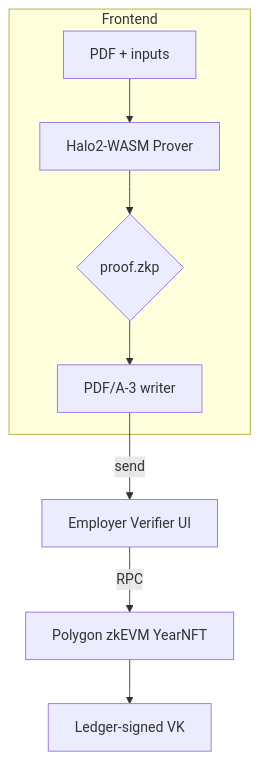
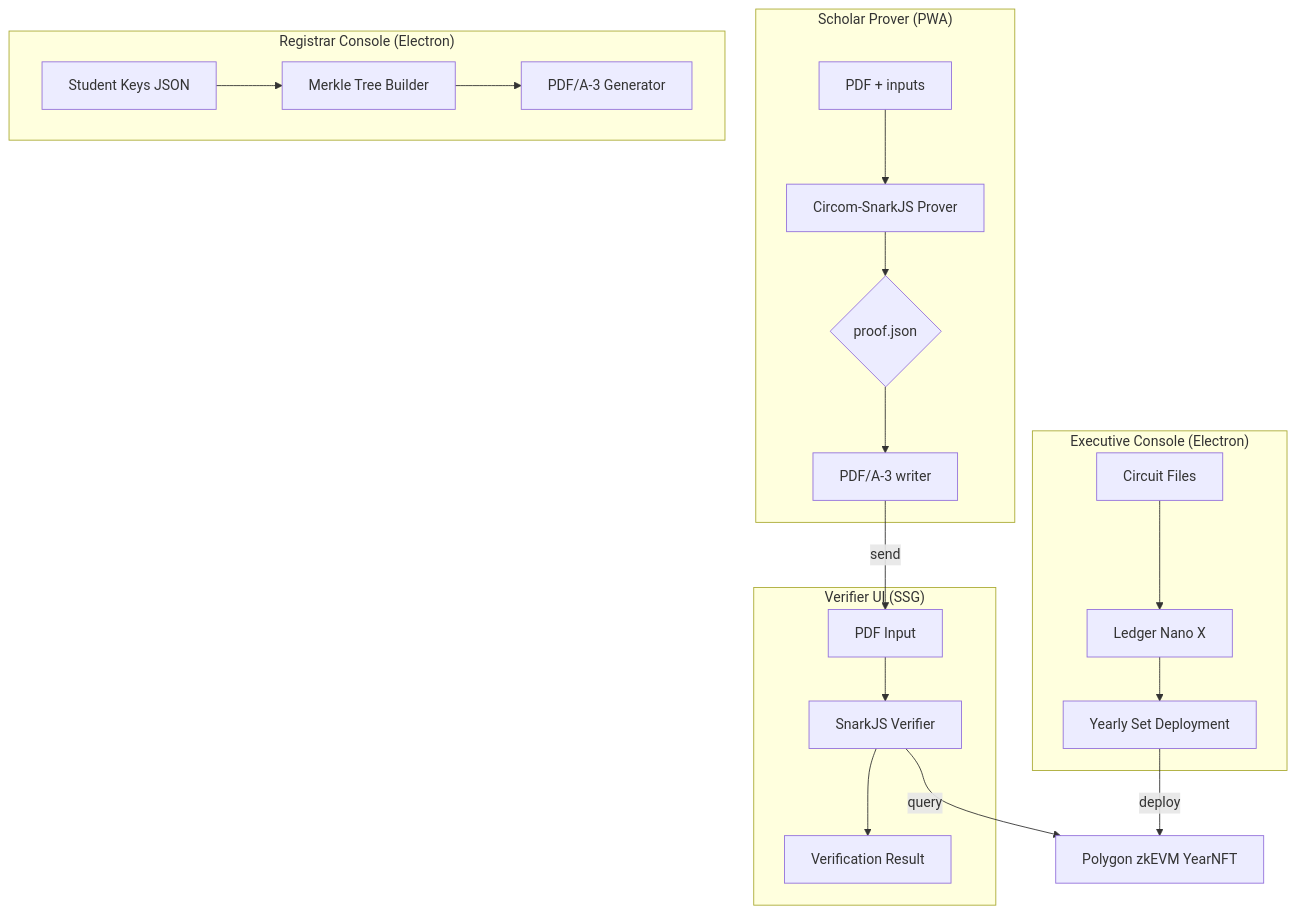
The first of 3 diagrams in documents/FSDv2.md (Blank-Vulture/Tri-CertFramework), drawn with Mermaid before and after one commit. The commit also changed other lines of this file and 19 other files, not shown here.

````diff
--- a/documents/FSDv2.md
+++ b/documents/FSDv2.md
@@ -8,11 +8,23 @@
 ```mermaid
 graph TD
-  subgraph Frontend
-    A[PDF + inputs] --> B[Halo2‑WASM Prover]
-    B --> C{proof.zkp}
-    C --> D[PDF/A‑3 writer]
+  subgraph "Scholar Prover (PWA)"
+    A[PDF + inputs] --> B[Circom-SnarkJS Prover]
+    B --> C{proof.json}
+    C --> D[PDF/A‑3 writer]
   end
-  D -->|send| E[Employer Verifier UI]
-  E -->|RPC| F[Polygon zkEVM YearNFT]
-  F --> G[Ledger‑signed VK]
+  subgraph "Executive Console (Electron)"
+    E[Circuit Files] --> F[Ledger Nano X]
+    F --> G[Yearly Set Deployment]
+  end
+  subgraph "Registrar Console (Electron)"
+    H[Student Keys JSON] --> I[Merkle Tree Builder]
+    I --> J[PDF/A-3 Generator]
+  end
+  subgraph "Verifier UI (SSG)"
+    K[PDF Input] --> L[SnarkJS Verifier]
+    L --> M[Verification Result]
+  end
+  D -->|send| K
+  G -->|deploy| N[Polygon zkEVM YearNFT]
+  L -->|query| N
 ```
````
